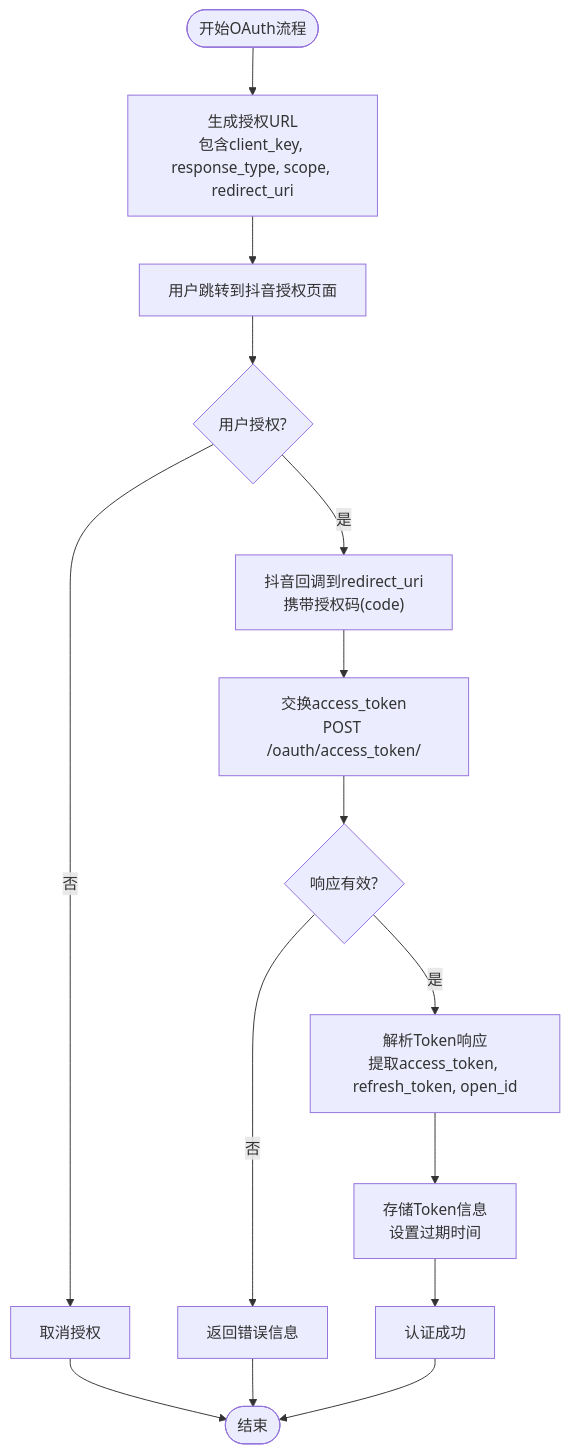
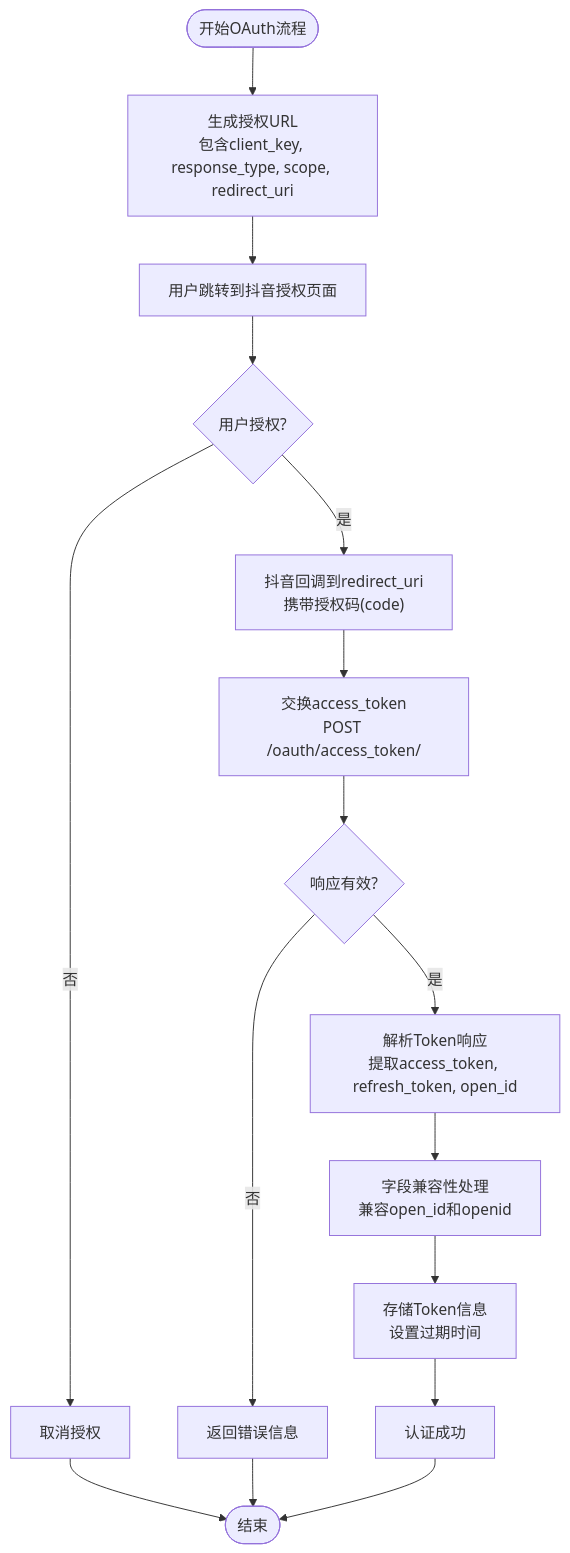
The fifth of 14 diagrams in .qoder/repowiki/zh/content/核心模块详解/认证模块/抖音OAuth集成.md (songdiyang/clawOperations), drawn with Mermaid before and after one commit. The commit also changed other lines of this file and 6 other files, not shown here.

````diff
--- a/.qoder/repowiki/zh/content/核心模块详解/认证模块/抖音OAuth集成.md
+++ b/.qoder/repowiki/zh/content/核心模块详解/认证模块/抖音OAuth集成.md
@@ -232,17 +273,18 @@
 ```mermaid
 flowchart TD
 Start([开始OAuth流程]) --> GetURL["生成授权URL<br/>包含client_key, response_type, scope, redirect_uri"]
 GetURL --> Redirect["用户跳转到抖音授权页面"]
 Redirect --> UserAuth{"用户授权?"}
 UserAuth --> |否| Cancel["取消授权"]
 UserAuth --> |是| Callback["抖音回调到redirect_uri<br/>携带授权码(code)"]
 Callback --> Exchange["交换access_token<br/>POST /oauth/access_token/"]
 Exchange --> Validate{"响应有效?"}
 Validate --> |否| Error["返回错误信息"]
 Validate --> |是| Parse["解析Token响应<br/>提取access_token, refresh_token, open_id"]
-Parse --> Store["存储Token信息<br/>设置过期时间"]
+Parse --> Compat["字段兼容性处理<br/>兼容open_id和openid"]
+Compat --> Store["存储Token信息<br/>设置过期时间"]
 Store --> Success["认证成功"]
 Cancel --> End([结束])
 Error --> End
 Success --> End
 ```
````
